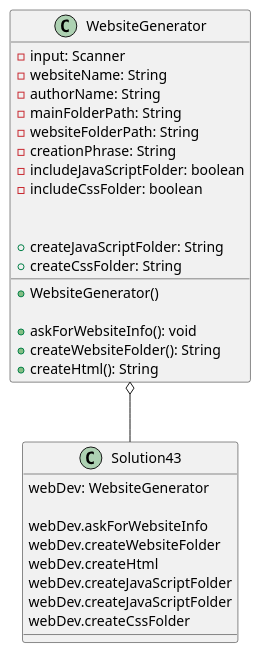
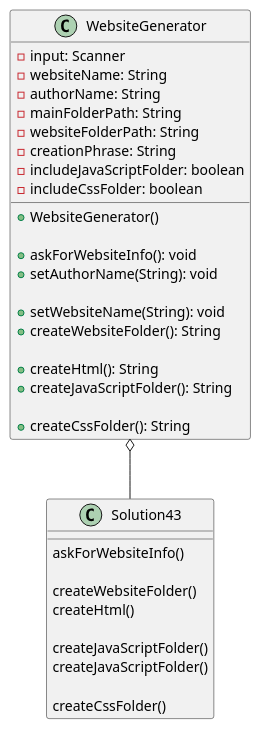
The diagram in exercise43/docs/ClassDiagram.puml (Zandroid505/Antifit-a04), drawn with PlantUML before and after one commit. The commit also changed 15 other files, not shown here.

Commit message:
Updated uml diagram for exercise43

```diff
--- a/exercise43/docs/ClassDiagram.puml
+++ b/exercise43/docs/ClassDiagram.puml
@@ -1,37 +1,45 @@
 @startuml
 'https://plantuml.com/class-diagram
 
 WebsiteGenerator o-- Solution43
 
 class Solution43 {
-    webDev: WebsiteGenerator
+    'Creates WebsiteGenerator object and calls methods in class
 
-    webDev.askForWebsiteInfo
-    webDev.createWebsiteFolder
-    webDev.createHtml
-    webDev.createJavaScriptFolder
-    webDev.createJavaScriptFolder
-    webDev.createCssFolder
+    askForWebsiteInfo()
+
+    createWebsiteFolder()
+    createHtml()
+
+    createJavaScriptFolder()
+    createJavaScriptFolder()
+
+    createCssFolder()
 }
 
 class WebsiteGenerator {
     - input: Scanner
     - websiteName: String
     - authorName: String
     - mainFolderPath: String
     - websiteFolderPath: String
     - creationPhrase: String
     - includeJavaScriptFolder: boolean
     - includeCssFolder: boolean
 
     + WebsiteGenerator()
         'Initializes fields to "" and main folder path to "data/"
 
     + askForWebsiteInfo(): void
+    + setAuthorName(String): void
+
+    + setWebsiteName(String): void
     + createWebsiteFolder(): String
+
     + createHtml(): String
-    + createJavaScriptFolder: String
-    + createCssFolder: String
+    + createJavaScriptFolder(): String
+
+    + createCssFolder(): String
 }
 
 @enduml
```
